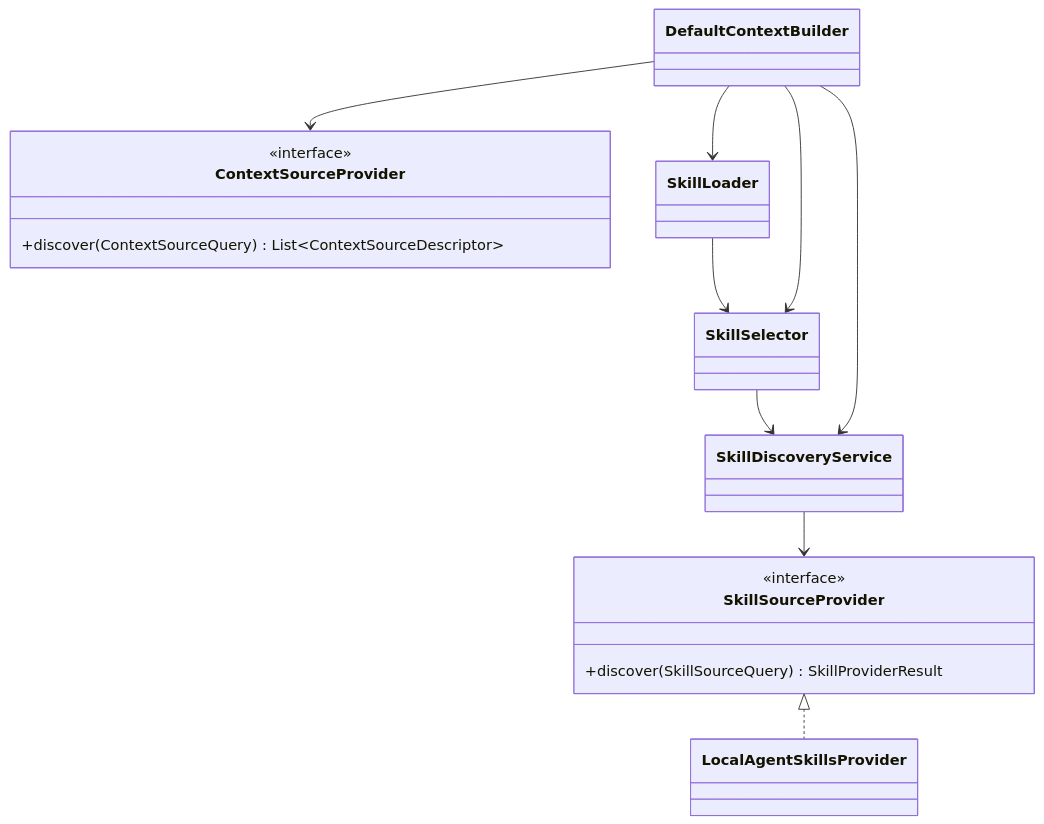
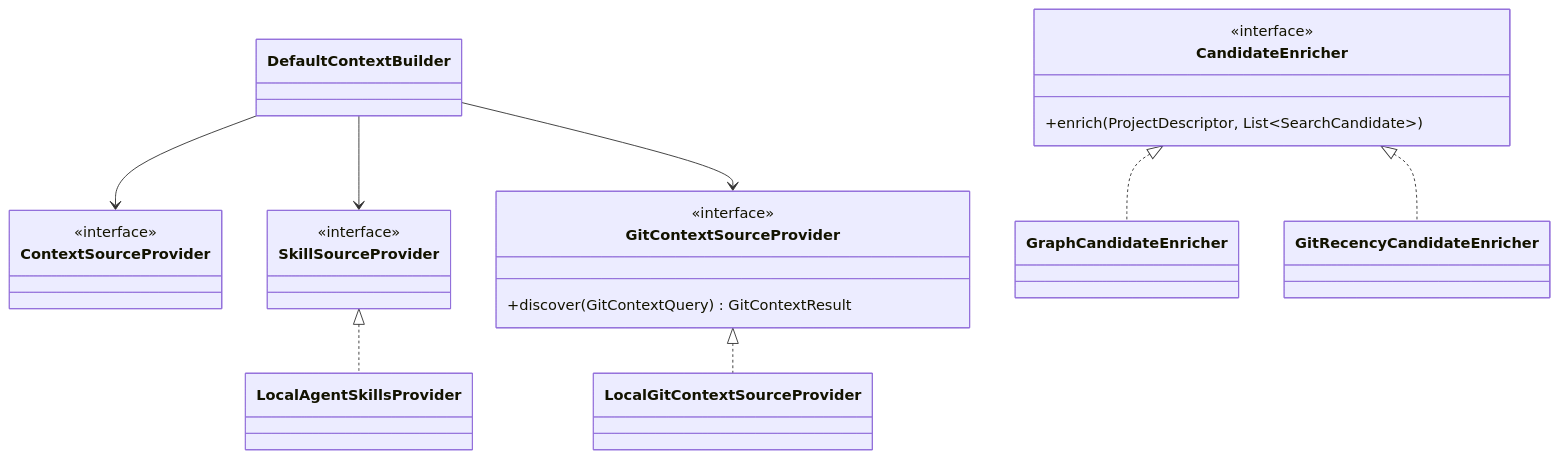
Before and after one commit to FTurleque/nexus-context-engine: the second of 2 diagrams in docs/developer/README.md, drawn with Mermaid. The commit also changed other lines of this file, not shown here.

Commit message:
docs(dev): documenter l'itération 7 et le contexte Git

````diff
--- a/docs/developer/README.md
+++ b/docs/developer/README.md
@@ -287,27 +313,34 @@
 ```mermaid
 classDiagram
+    class CandidateEnricher {
+        <<interface>>
+        +enrich(ProjectDescriptor, List~SearchCandidate~)
+    }
+
     class ContextSourceProvider {
         <<interface>>
-        +discover(ContextSourceQuery) List~ContextSourceDescriptor~
     }
 
     class SkillSourceProvider {
         <<interface>>
-        +discover(SkillSourceQuery) SkillProviderResult
     }
 
+    class GitContextSourceProvider {
+        <<interface>>
+        +discover(GitContextQuery) GitContextResult
+    }
+
+    class GraphCandidateEnricher
+    class GitRecencyCandidateEnricher
     class LocalAgentSkillsProvider
-    class SkillDiscoveryService
-    class SkillSelector
-    class SkillLoader
+    class LocalGitContextSourceProvider
     class DefaultContextBuilder
 
+    CandidateEnricher <|.. GraphCandidateEnricher
+    CandidateEnricher <|.. GitRecencyCandidateEnricher
     SkillSourceProvider <|.. LocalAgentSkillsProvider
-    SkillDiscoveryService --> SkillSourceProvider
-    SkillSelector --> SkillDiscoveryService
-    SkillLoader --> SkillSelector
+    GitContextSourceProvider <|.. LocalGitContextSourceProvider
     DefaultContextBuilder --> ContextSourceProvider
-    DefaultContextBuilder --> SkillDiscoveryService
-    DefaultContextBuilder --> SkillSelector
-    DefaultContextBuilder --> SkillLoader
+    DefaultContextBuilder --> SkillSourceProvider
+    DefaultContextBuilder --> GitContextSourceProvider
 ```
````
